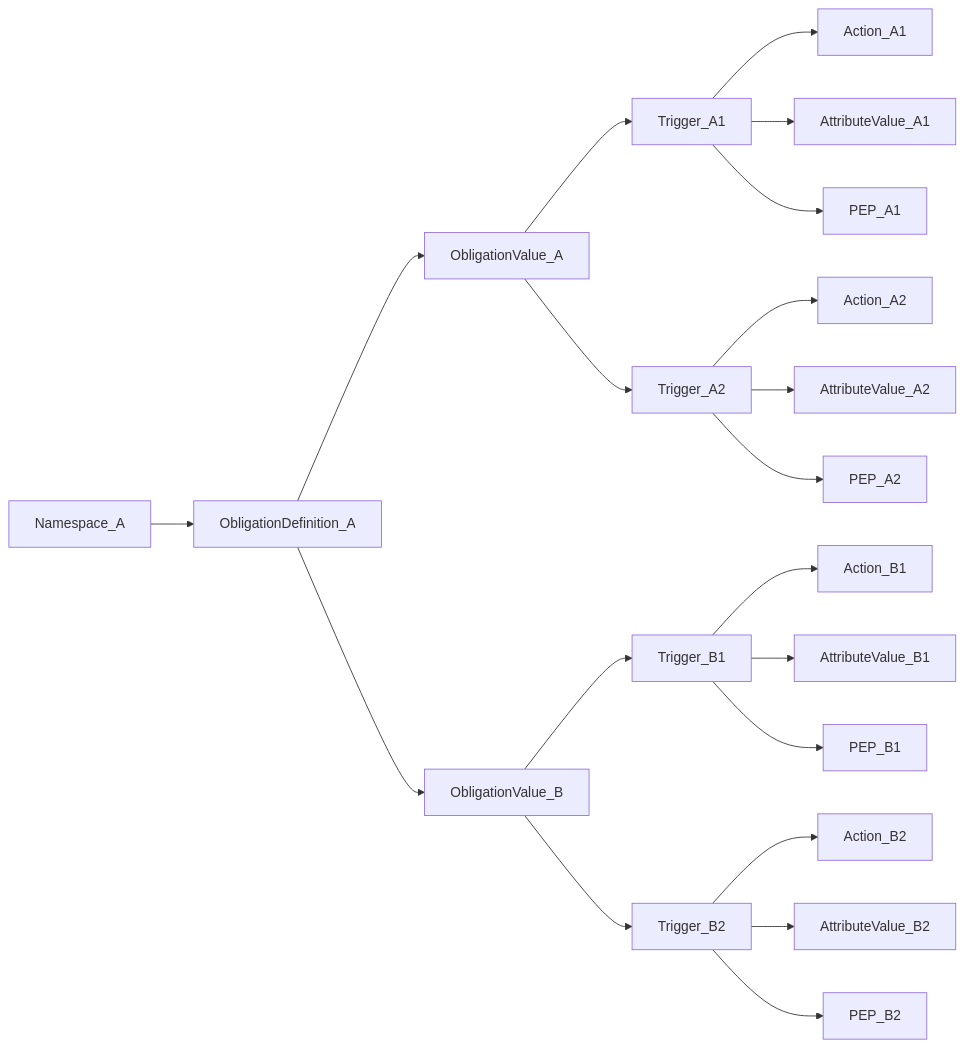
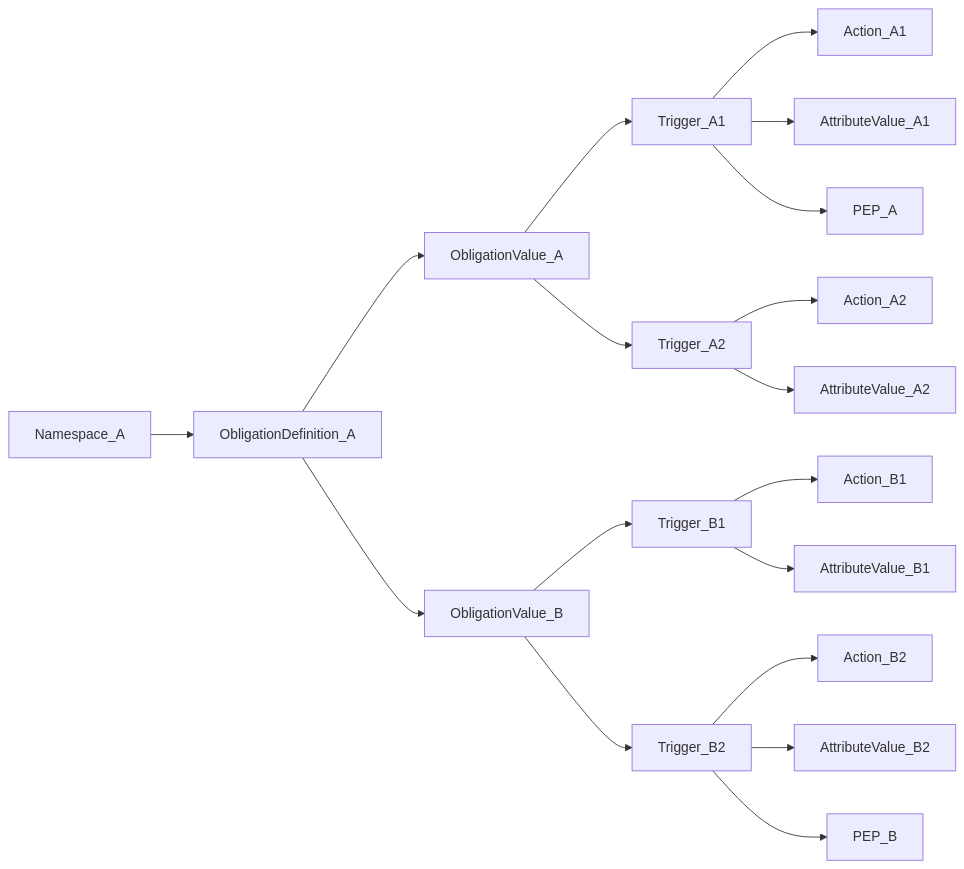
The diagram in docs/components/policy/obligations.md (opentdf/docs), drawn with Mermaid before and after one commit. The commit also changed other lines of this file, not shown here.

Commit message:
clarify that pep is optional w explanation of global obl and update diagram w example

````diff
--- a/docs/components/policy/obligations.md
+++ b/docs/components/policy/obligations.md
@@ -16,33 +16,31 @@
 ```mermaid
 graph LR;
 %% Every definition is namespaced.
 Namespace_A-->ObligationDefinition_A;
 
 %% Define definition and value A.
 ObligationDefinition_A-->ObligationValue_A;
 
 %% Define triggers.
 ObligationValue_A-->Trigger_A1
 Trigger_A1-->Action_A1
 Trigger_A1-->AttributeValue_A1
-Trigger_A1-->PEP_A1
+Trigger_A1-->PEP_A
 
 ObligationValue_A-->Trigger_A2
 Trigger_A2-->Action_A2
 Trigger_A2-->AttributeValue_A2
-Trigger_A2-->PEP_A2
 
 %% Define definition and value B.
 ObligationDefinition_A-->ObligationValue_B;
 
 %% Define triggers.
 ObligationValue_B-->Trigger_B1
 Trigger_B1-->Action_B1
 Trigger_B1-->AttributeValue_B1
-Trigger_B1-->PEP_B1
 
 ObligationValue_B-->Trigger_B2
 Trigger_B2-->Action_B2
 Trigger_B2-->AttributeValue_B2
-Trigger_B2-->PEP_B2
+Trigger_B2-->PEP_B
 ```
````
